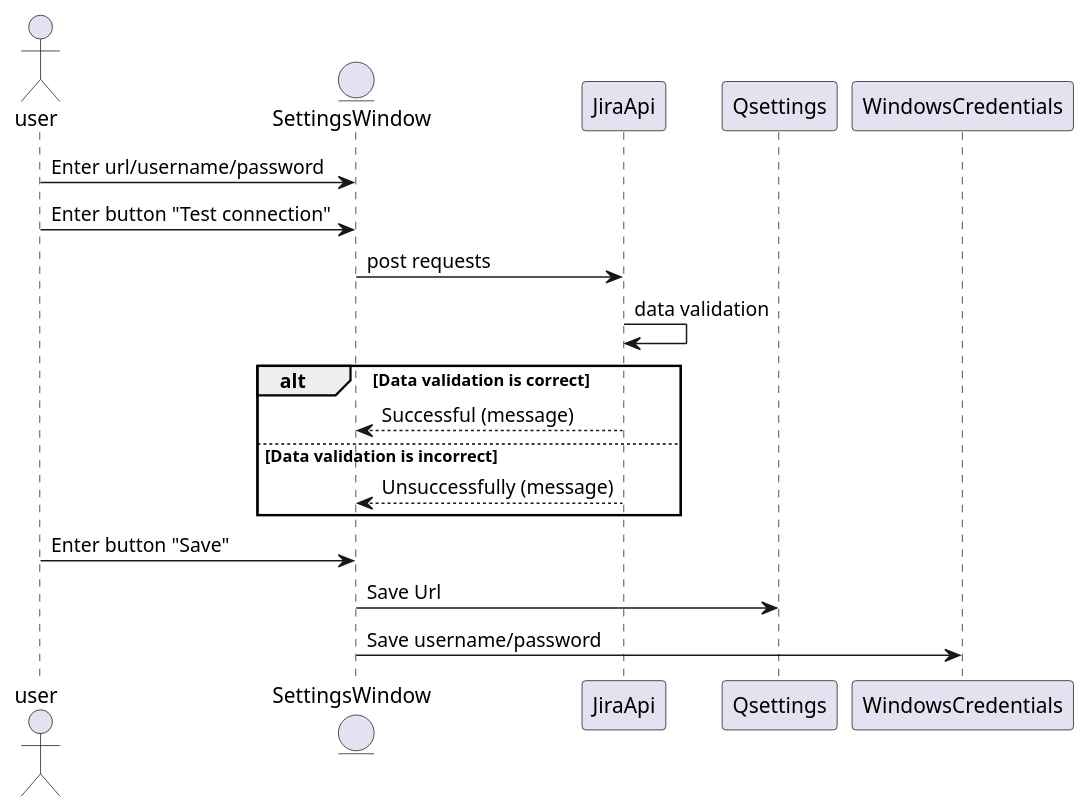
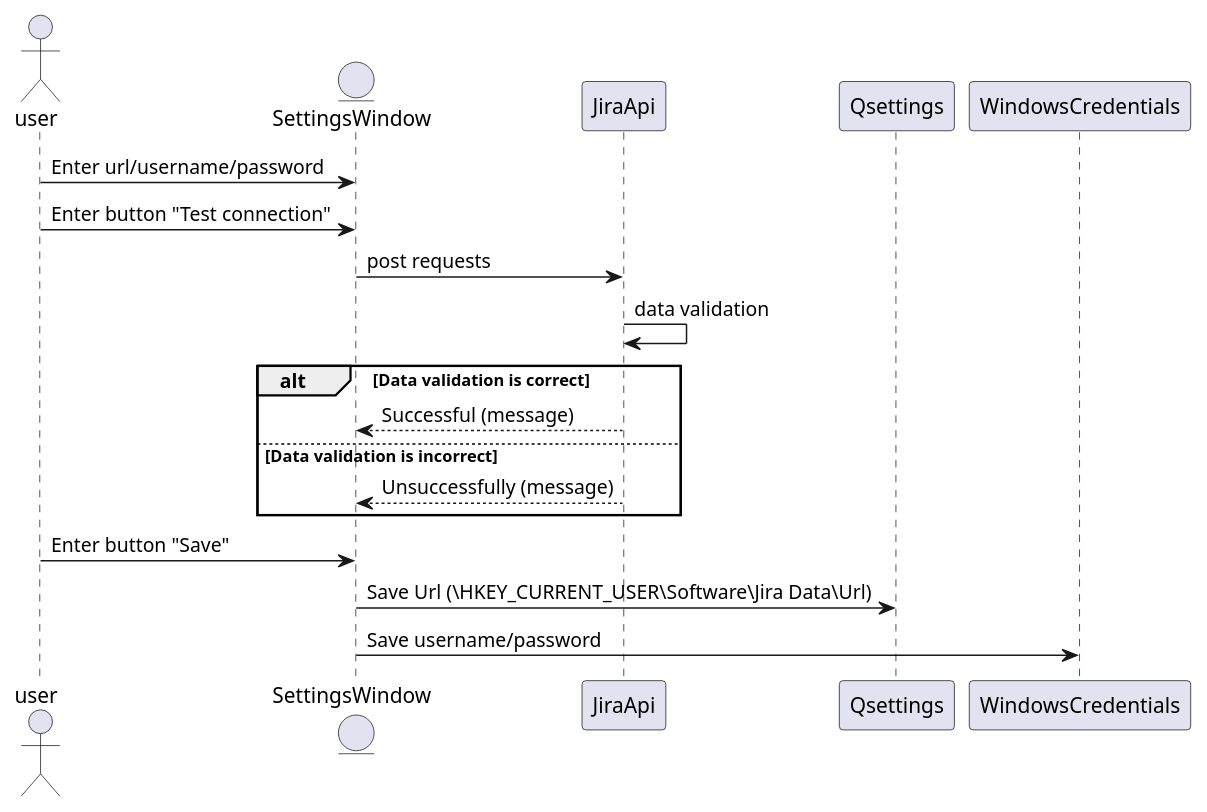
The diagram in PlantUML/Authorization.puml (BorodaOmsk/JiraDataApi), drawn with PlantUML before and after one commit. The commit also changed 1 other file, not shown here.

```diff
--- a/PlantUML/Authorization.puml
+++ b/PlantUML/Authorization.puml
@@ -1,18 +1,18 @@
 @startuml
 'autonumber
 
 actor user
 entity SettingsWindow
 user -> SettingsWindow: Enter url/username/password
 user -> SettingsWindow: Enter button "Test connection"
 SettingsWindow -> JiraApi: post requests
 JiraApi -> JiraApi: data validation
 alt Data validation is correct
 JiraApi --> SettingsWindow: Successful (message)
 else Data validation is incorrect
 JiraApi --> SettingsWindow: Unsuccessfully (message)
 end
 user -> SettingsWindow: Enter button "Save"
-SettingsWindow -> Qsettings: Save Url
+SettingsWindow -> Qsettings: Save Url (\HKEY_CURRENT_USER\Software\Jira Data\Url)
 SettingsWindow -> WindowsCredentials: Save username/password
 @enduml
```
